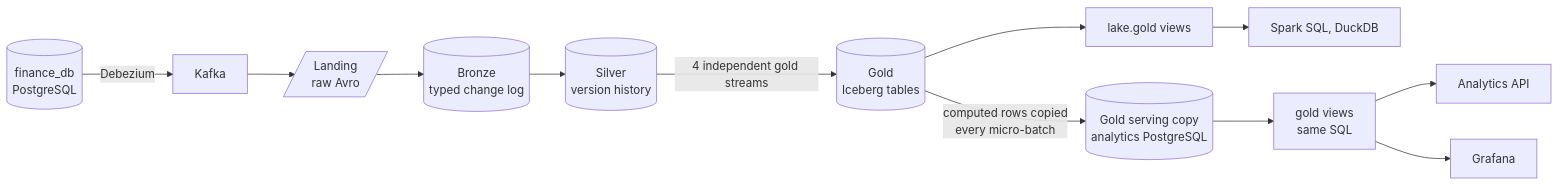
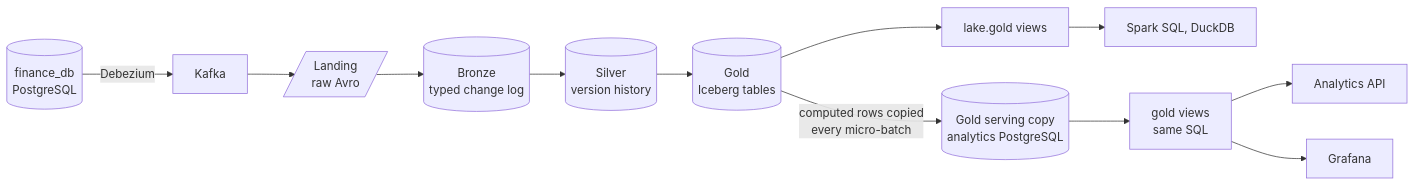
The diagram in README.md (jonathan5p/deel-home-task), drawn with Mermaid before and after one commit. The commit also changed 3 other files, not shown here.

Commit message:
docs: say every layer streams one query per table instead of singling out gold

````diff
--- a/README.md
+++ b/README.md
@@ -24,11 +24,11 @@
 ```mermaid
 flowchart LR
     source[("finance_db<br/>PostgreSQL")] -->|Debezium| kafka[Kafka]
     kafka --> landing[/"Landing<br/>raw Avro"/] --> bronze[("Bronze<br/>typed change log")] --> silver[("Silver<br/>version history")]
-    silver -->|4 independent gold streams| lakegold[("Gold<br/>Iceberg tables")]
+    silver --> lakegold[("Gold<br/>Iceberg tables")]
     lakegold -->|computed rows copied<br/>every micro-batch| gold[("Gold serving copy<br/>analytics PostgreSQL")]
     lakegold --> lakeviews["lake.gold views"] --> engines[Spark SQL, DuckDB]
     gold --> views["gold views<br/>same SQL"]
     views --> api[Analytics API]
     views --> grafana[Grafana]
 ```
````
